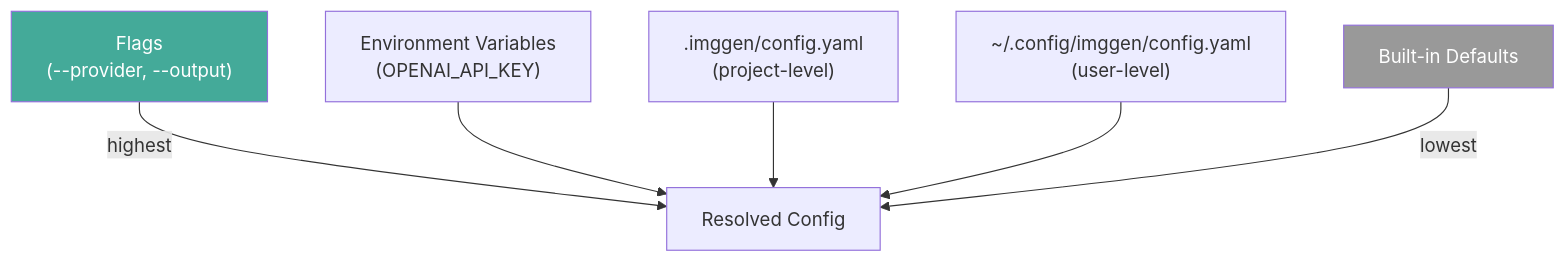
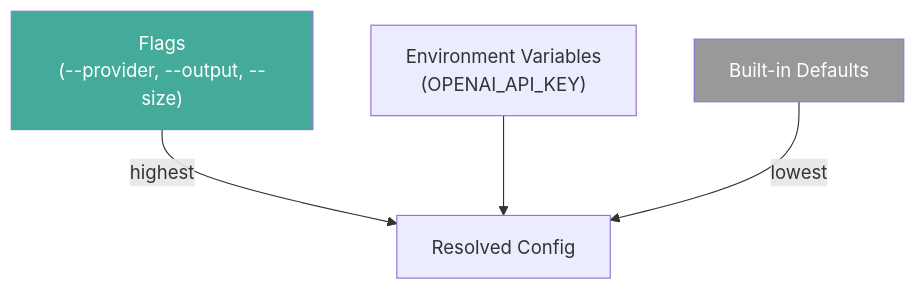
Before and after one commit to creche-studio/ImgGenAI: the fifth of 7 diagrams in docs/design.md, drawn with Mermaid. The commit also changed other lines of this file, not shown here.

First line of the commit message:
Remove Preset 3-tier loading and config file from design

````diff
--- a/docs/design.md
+++ b/docs/design.md
@@ -319,11 +313,9 @@
 ```mermaid
 graph TD
-    FLAGS["Flags<br/>(--provider, --output)"] -->|highest| RESOLVE["Resolved Config"]
+    FLAGS["Flags<br/>(--provider, --output, --size)"] -->|highest| RESOLVE["Resolved Config"]
     ENV["Environment Variables<br/>(OPENAI_API_KEY)"] --> RESOLVE
-    PROJECT_CONF[".imggen/config.yaml<br/>(project-level)"] --> RESOLVE
-    USER_CONF["~/.config/imggen/config.yaml<br/>(user-level)"] --> RESOLVE
     DEFAULTS["Built-in Defaults"] -->|lowest| RESOLVE
 
     style FLAGS fill:#4a9,color:#fff
     style DEFAULTS fill:#999,color:#fff
 ```
````
